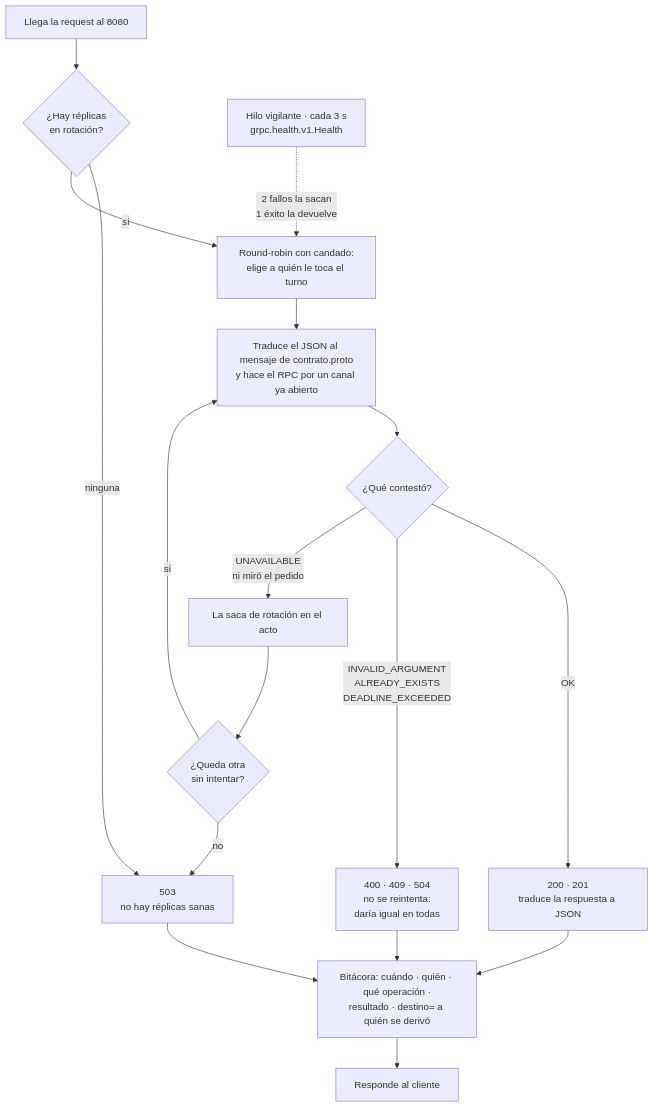
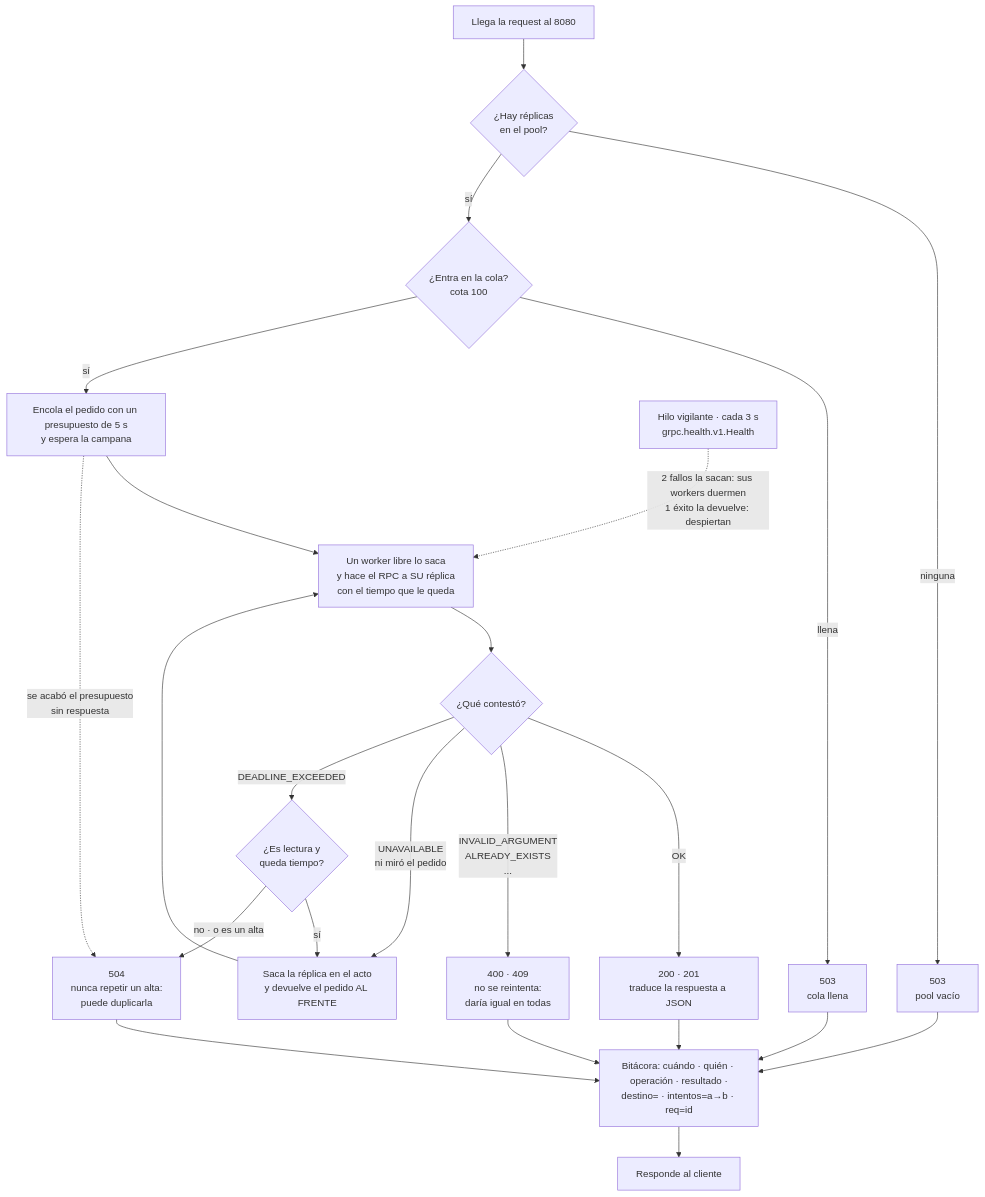
Before and after one commit to SDyPPTpGrupal/sdypp_balanceador: the second of 2 diagrams in README.md, drawn with Mermaid. The commit also changed other lines of this file, not shown here.

Commit message:
README: el flujo con cola, justificacion de por que adentro y las reglas de reintento y las pruebas

````diff
--- a/README.md
+++ b/README.md
@@ -43,23 +51,29 @@
 ```mermaid
 flowchart TD
-    A["Llega la request al 8080"] --> B{"¿Hay réplicas<br/>en rotación?"}
-    B -->|"ninguna"| Z["503<br/>no hay réplicas sanas"]
-    B -->|"sí"| C["Round-robin con candado:<br/>elige a quién le toca el turno"]
-    C --> D["Traduce el JSON al mensaje de contrato.proto<br/>y hace el RPC por un canal ya abierto"]
-    D --> E{"¿Qué contestó?"}
+    A["Llega la request al 8080"] --> B{"¿Hay réplicas<br/>en el pool?"}
+    B -->|"ninguna"| Z["503<br/>pool vacío"]
+    B -->|"sí"| C{"¿Entra en la cola?<br/>cota 100"}
+    C -->|"llena"| Z2["503<br/>cola llena"]
+    C -->|"sí"| D["Encola el pedido con un presupuesto de 5 s<br/>y espera la campana"]
+    D --> E["Un worker libre lo saca<br/>y hace el RPC a SU réplica<br/>con el tiempo que le queda"]
+    E --> F{"¿Qué contestó?"}
 
-    E -->|"OK"| F["200 · 201<br/>traduce la respuesta a JSON"]
-    E -->|"INVALID_ARGUMENT<br/>ALREADY_EXISTS<br/>DEADLINE_EXCEEDED"| G["400 · 409 · 504<br/>no se reintenta:<br/>daría igual en todas"]
-    E -->|"UNAVAILABLE<br/>ni miró el pedido"| H["La saca de rotación en el acto"]
+    F -->|"OK"| G["200 · 201<br/>traduce la respuesta a JSON"]
+    F -->|"INVALID_ARGUMENT<br/>ALREADY_EXISTS<br/>..."| H["400 · 409<br/>no se reintenta:<br/>daría igual en todas"]
+    F -->|"UNAVAILABLE<br/>ni miró el pedido"| I["Saca la réplica en el acto<br/>y devuelve el pedido AL FRENTE"]
+    F -->|"DEADLINE_EXCEEDED"| J{"¿Es lectura y<br/>queda tiempo?"}
+    J -->|"sí"| I
+    J -->|"no · o es un alta"| K["504<br/>nunca repetir un alta:<br/>puede duplicarla"]
 
-    H --> I{"¿Queda otra<br/>sin intentar?"}
-    I -->|"sí"| D
-    I -->|"no"| Z
+    I --> E
+    D -.->|"se acabó el presupuesto<br/>sin respuesta"| K
 
-    F --> L["Bitácora: cuándo · quién · qué operación ·<br/>resultado · destino= a quién se derivó"]
-    G --> L
+    G --> L["Bitácora: cuándo · quién · operación · resultado ·<br/>destino= · intentos=a→b · req=id"]
+    H --> L
+    K --> L
     Z --> L
+    Z2 --> L
     L --> M["Responde al cliente"]
 
-    V["Hilo vigilante · cada 3 s<br/>grpc.health.v1.Health"] -.->|"2 fallos la sacan<br/>1 éxito la devuelve"| C
+    V["Hilo vigilante · cada 3 s<br/>grpc.health.v1.Health"] -.->|"2 fallos la sacan: sus workers duermen<br/>1 éxito la devuelve: despiertan"| E
 ```
````
